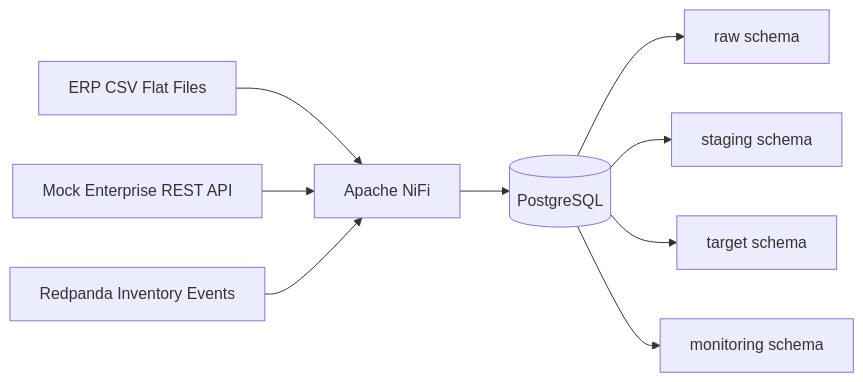
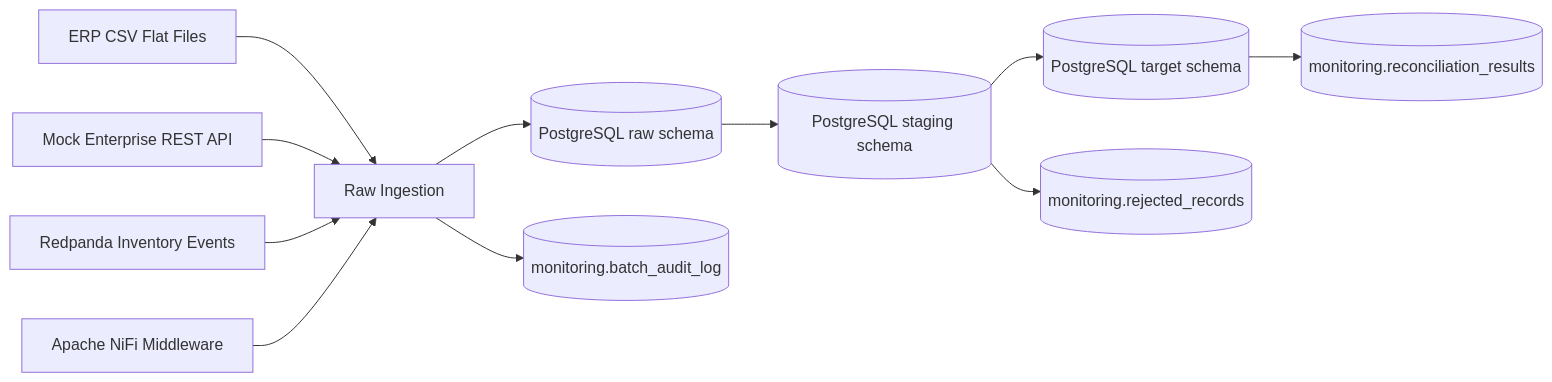
One commit to rirts/retail-supply-chain-integration-platform changed the first of 5 diagrams in README.md. Above: the diagram before and after it, drawn with Mermaid. The commit also changed other lines of this file and 1 other file, not shown here.

Commit message:
Add professional README and architecture documentation

````diff
--- a/README.md
+++ b/README.md
@@ -20,11 +30,14 @@
 ```mermaid
 flowchart LR
-    A[ERP CSV Flat Files] --> D[Apache NiFi]
-    B[Mock Enterprise REST API] --> D
-    C[Redpanda Inventory Events] --> D
-    D --> E[(PostgreSQL)]
-    E --> F[raw schema]
-    E --> G[staging schema]
-    E --> H[target schema]
-    E --> I[monitoring schema]
+    A[ERP CSV Flat Files] --> B[Raw Ingestion]
+    C[Mock Enterprise REST API] --> B
+    D[Redpanda Inventory Events] --> B
+    E[Apache NiFi Middleware] --> B
+
+    B --> F[(PostgreSQL raw schema)]
+    F --> G[(PostgreSQL staging schema)]
+    G --> H[(PostgreSQL target schema)]
+    G --> I[(monitoring.rejected_records)]
+    H --> J[(monitoring.reconciliation_results)]
+    B --> K[(monitoring.batch_audit_log)]
 ```
````
